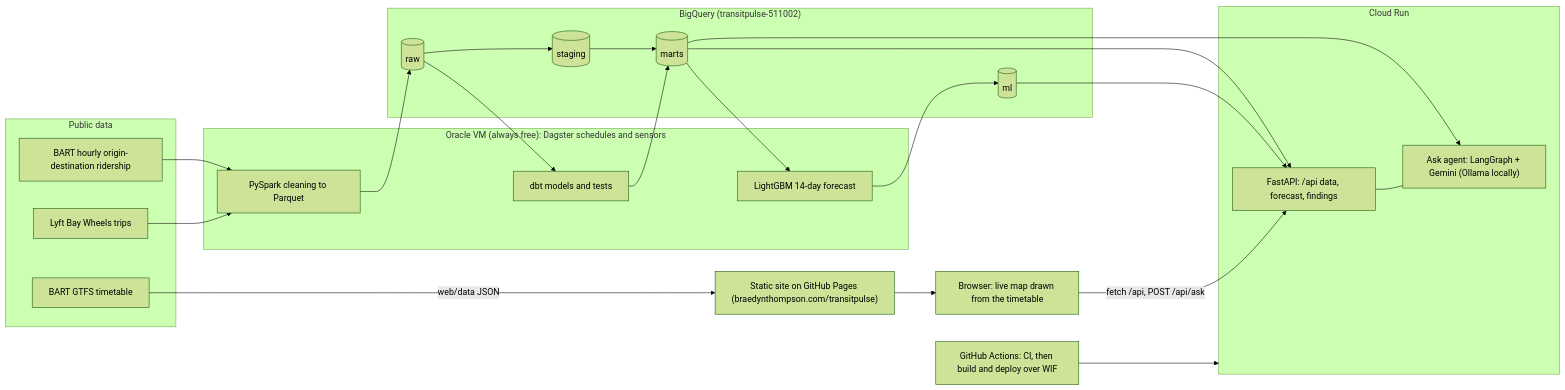
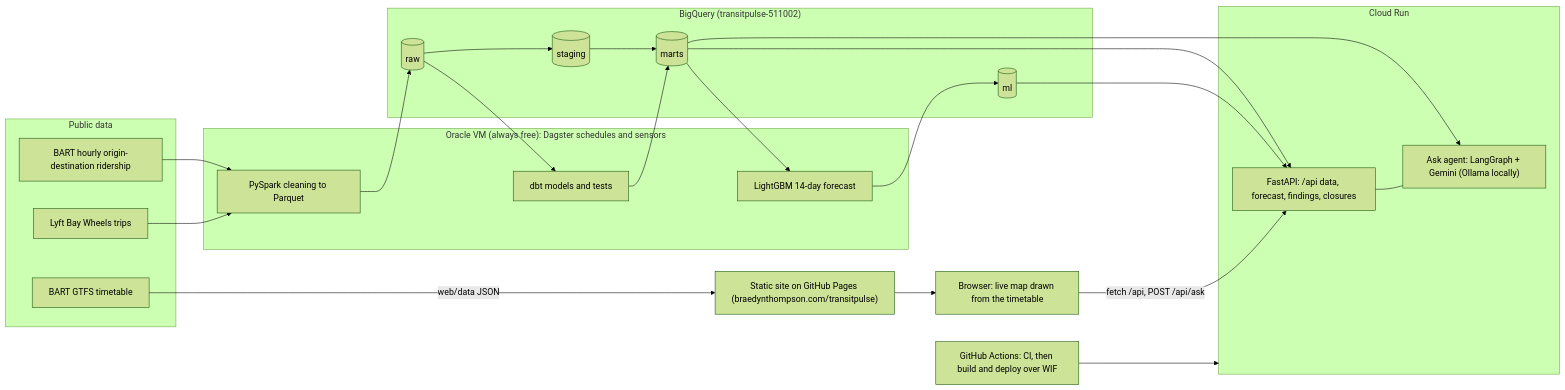
The diagram in README.md (braaaeeedyn/transitpulse), drawn with Mermaid (forest theme) before and after one commit. The commit also changed other lines of this file and 8 other files, not shown here.

````diff
--- a/README.md
+++ b/README.md
@@ -27,37 +33,37 @@
 ```mermaid
 flowchart LR
   subgraph sources["Public data"]
     gtfs["BART GTFS timetable"]
     od["BART hourly origin-destination ridership"]
     bw["Lyft Bay Wheels trips"]
   end
   subgraph vm["Oracle VM (always free): Dagster schedules and sensors"]
     spark["PySpark cleaning to Parquet"]
     dbt["dbt models and tests"]
     lgbm["LightGBM 14-day forecast"]
   end
   subgraph bq["BigQuery (transitpulse-511002)"]
     raw[("raw")] --> staging[("staging")] --> marts[("marts")]
     mlds[("ml")]
   end
   subgraph run["Cloud Run"]
-    api["FastAPI: /api data, forecast, findings"]
+    api["FastAPI: /api data, forecast, findings, closures"]
     agent["Ask agent: LangGraph + Gemini (Ollama locally)"]
   end
   pages["Static site on GitHub Pages (braedynthompson.com/transitpulse)"]
   browser["Browser: live map drawn from the timetable"]
   gha["GitHub Actions: CI, then build and deploy over WIF"]
 
   od --> spark --> raw
   bw --> spark
   raw --> dbt --> marts
   marts --> lgbm --> mlds
   marts --> api
   mlds --> api
   marts --> agent
   gtfs -- "web/data JSON" --> pages
   pages --> browser
   browser -- "fetch /api, POST /api/ask" --> api
   api --- agent
   gha --> run
 ```
````
